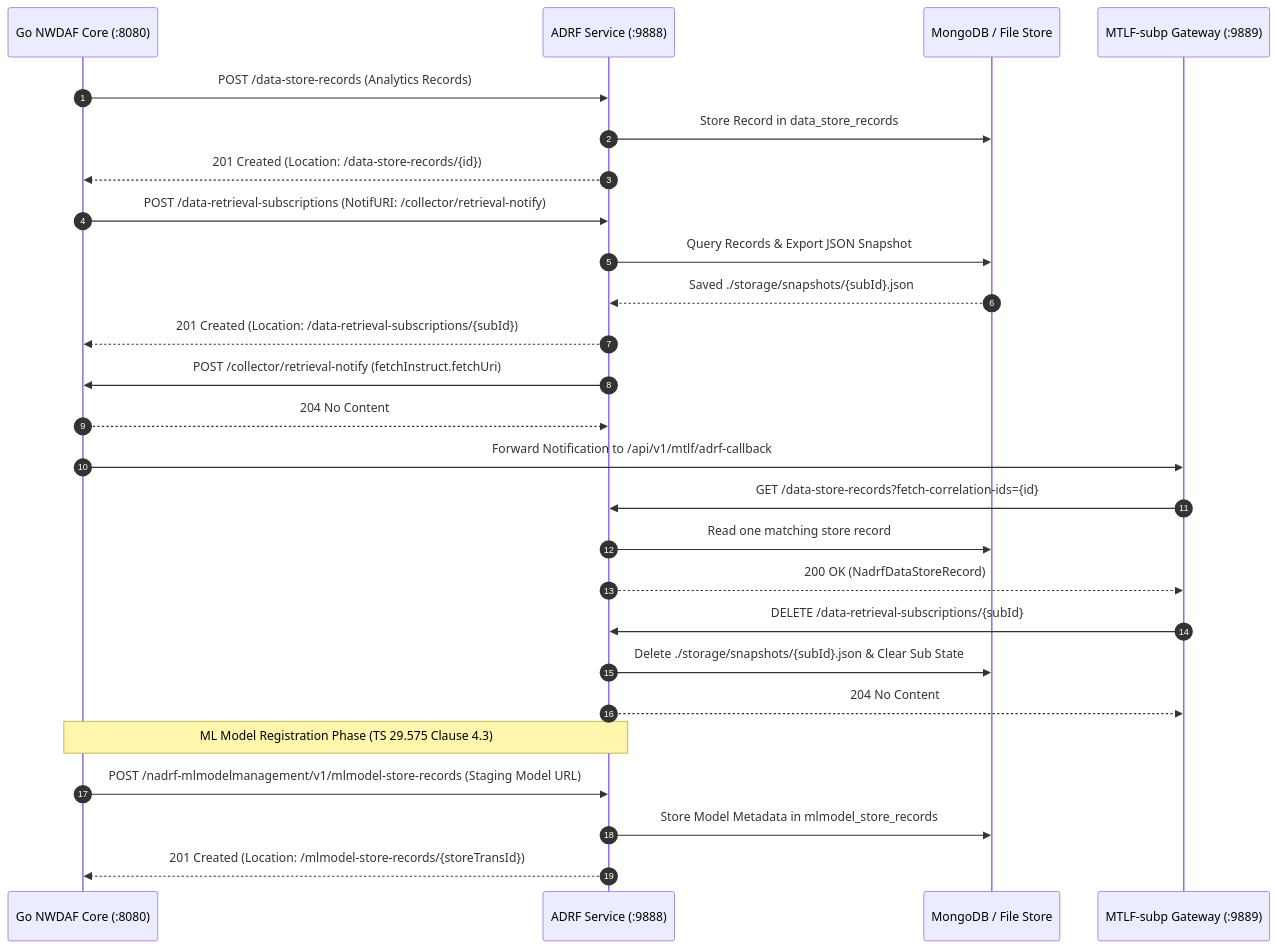
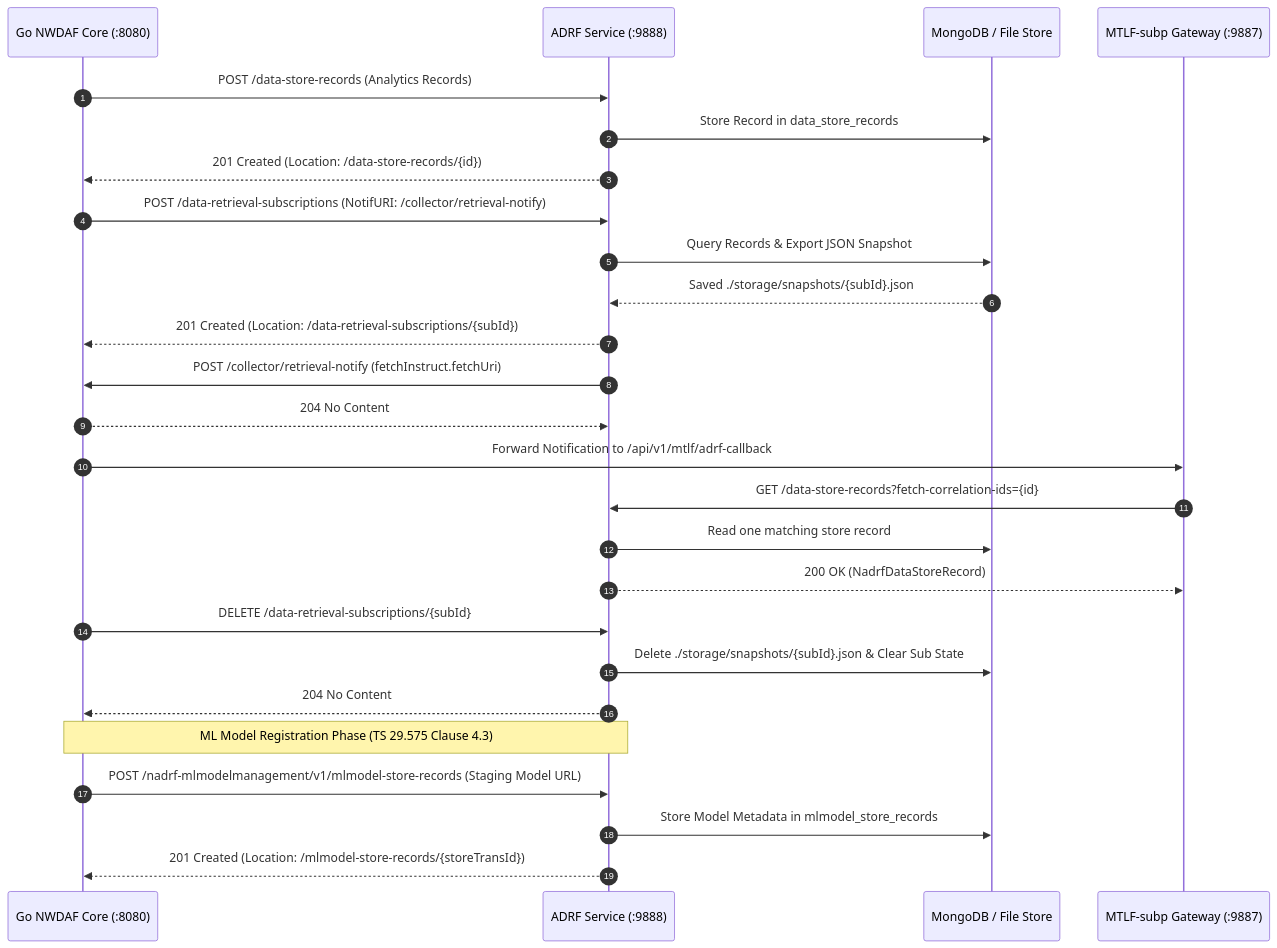
Before and after one commit to Intelligent-Systems-Lab/adrf: the second of 2 diagrams in README.md, drawn with Mermaid. The commit also changed other lines of this file, not shown here.

Commit message:
docs(readme): align DELETE retrieval-subscriptions caller to Go NWDAF and update MTLF port

````diff
--- a/README.md
+++ b/README.md
@@ -39,34 +39,34 @@
 ```mermaid
 sequenceDiagram
     autonumber
     participant NWDAF as Go NWDAF Core (:8080)
     participant ADRF as ADRF Service (:9888)
     participant Mongo as MongoDB / File Store
-    participant MTLF as MTLF-subp Gateway (:9889)
+    participant MTLF as MTLF-subp Gateway (:9887)
 
     NWDAF->>ADRF: POST /data-store-records (Analytics Records)
     ADRF->>Mongo: Store Record in data_store_records
     ADRF-->>NWDAF: 201 Created (Location: /data-store-records/{id})
 
     NWDAF->>ADRF: POST /data-retrieval-subscriptions (NotifURI: /collector/retrieval-notify)
     ADRF->>Mongo: Query Records & Export JSON Snapshot
     Mongo-->>ADRF: Saved ./storage/snapshots/{subId}.json
     ADRF-->>NWDAF: 201 Created (Location: /data-retrieval-subscriptions/{subId})
 
     ADRF->>NWDAF: POST /collector/retrieval-notify (fetchInstruct.fetchUri)
     NWDAF-->>ADRF: 204 No Content
     NWDAF->>MTLF: Forward Notification to /api/v1/mtlf/adrf-callback
 
     MTLF->>ADRF: GET /data-store-records?fetch-correlation-ids={id}
     ADRF->>Mongo: Read one matching store record
     ADRF-->>MTLF: 200 OK (NadrfDataStoreRecord)
 
-    MTLF->>ADRF: DELETE /data-retrieval-subscriptions/{subId}
+    NWDAF->>ADRF: DELETE /data-retrieval-subscriptions/{subId}
     ADRF->>Mongo: Delete ./storage/snapshots/{subId}.json & Clear Sub State
-    ADRF-->>MTLF: 204 No Content
+    ADRF-->>NWDAF: 204 No Content
 
     Note over NWDAF,ADRF: ML Model Registration Phase (TS 29.575 Clause 4.3)
     NWDAF->>ADRF: POST /nadrf-mlmodelmanagement/v1/mlmodel-store-records (Staging Model URL)
     ADRF->>Mongo: Store Model Metadata in mlmodel_store_records
     ADRF-->>NWDAF: 201 Created (Location: /mlmodel-store-records/{storeTransId})
 ```
````
